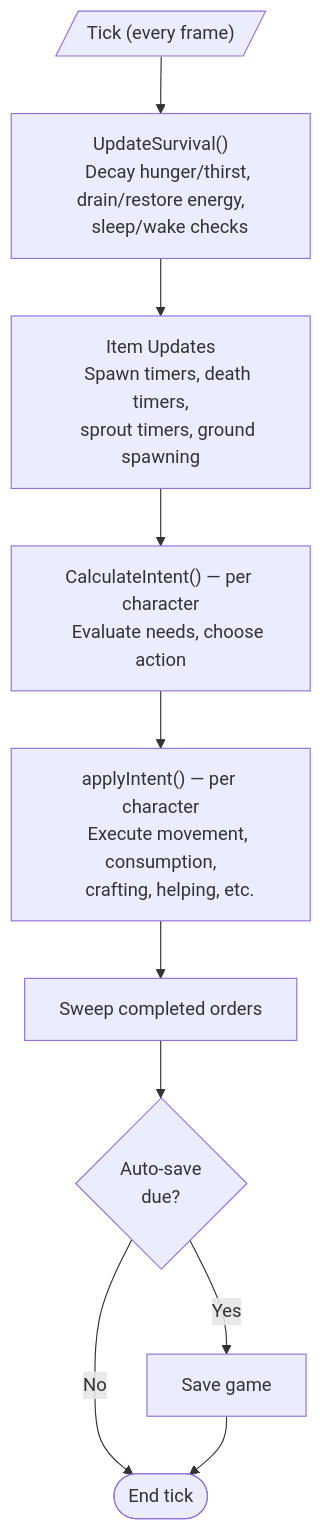
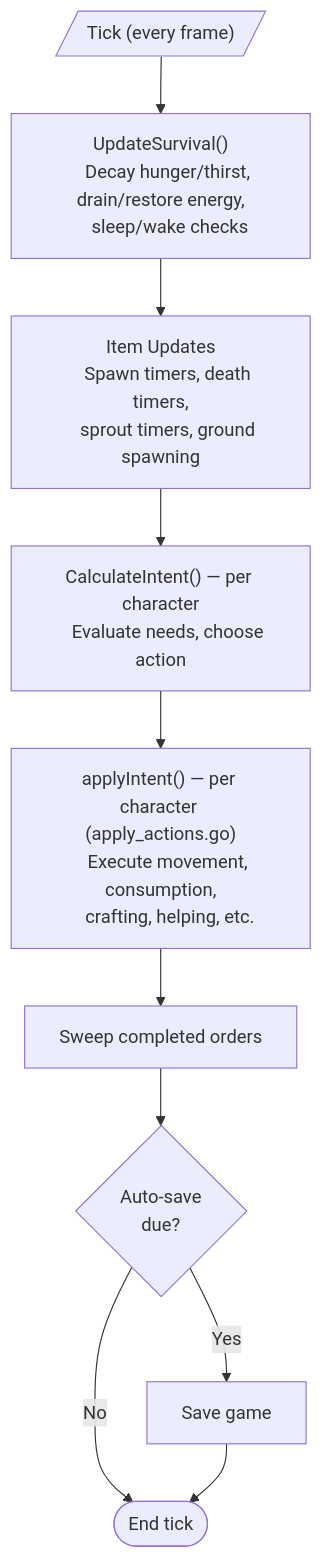
The fourth of 10 diagrams in docs/flow-diagrams.md (suzbot/petri), drawn with Mermaid before and after one commit. The commit also changed other lines of this file and 10 other files, not shown here.

Commit message:
docs: update architecture docs for extraction and action priority model

````diff
--- a/docs/flow-diagrams.md
+++ b/docs/flow-diagrams.md
@@ -339,21 +346,21 @@
 ```mermaid
 flowchart TD
     tick[/"Tick (every frame)"/]
     tick --> survival["UpdateSurvival()
     Decay hunger/thirst, drain/restore energy,
     sleep/wake checks"]
     survival --> items["Item Updates
     Spawn timers, death timers,
     sprout timers, ground spawning"]
     items --> calc["CalculateIntent() — per character
     Evaluate needs, choose action"]
-    calc --> apply["applyIntent() — per character
+    calc --> apply["applyIntent() — per character (apply_actions.go)
     Execute movement, consumption,
     crafting, helping, etc."]
     apply --> cleanup["Sweep completed orders"]
     cleanup --> save{"Auto-save
     due?"}
     save -->|Yes| dosave[Save game]
     save -->|No| done([End tick])
     dosave --> done
 ```
````
